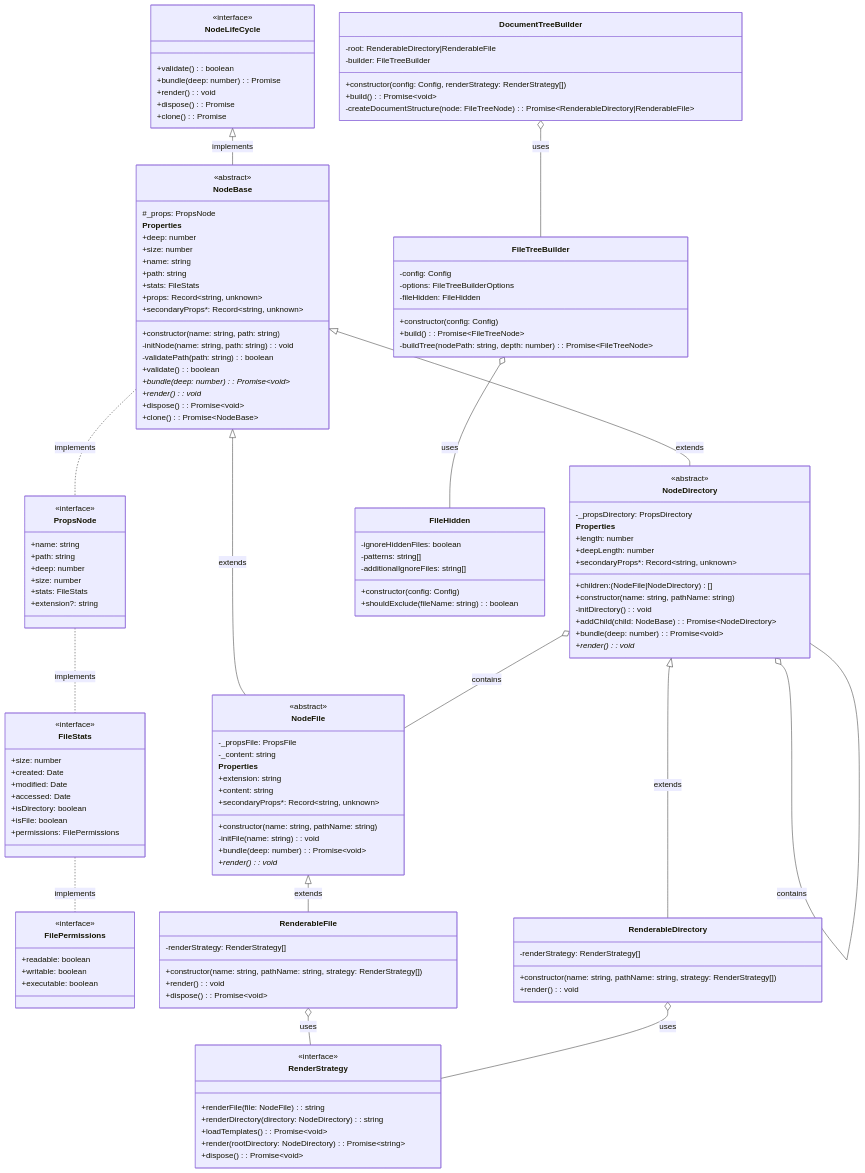
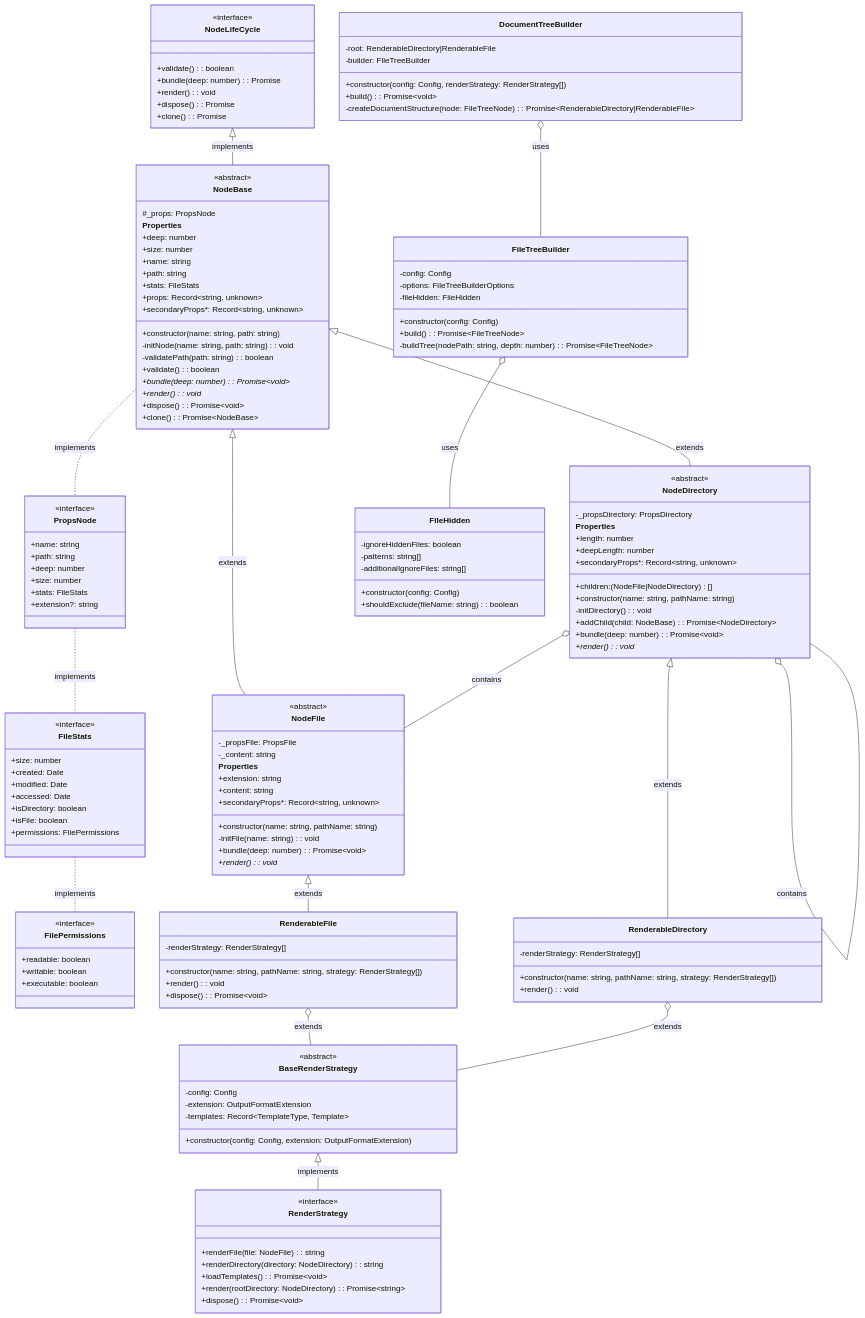
Before and after one commit to aminesayagh/Code-Wrangler: the first of 3 diagrams in documentation/DETAILED_CLASS_DIAGRAMS_AND_COMPONENT_LIFECYCLE.md, drawn with Mermaid.

Commit message:
fix template strategy

````diff
--- a/documentation/DETAILED_CLASS_DIAGRAMS_AND_COMPONENT_LIFECYCLE.md
+++ b/documentation/DETAILED_CLASS_DIAGRAMS_AND_COMPONENT_LIFECYCLE.md
@@ -142,6 +142,14 @@
         +shouldExclude(fileName: string): boolean
     }
 
+    class BaseRenderStrategy {
+        <<abstract>>
+        -config: Config
+        -extension: OutputFormatExtension
+        -templates: Record~TemplateType, Template~
+        +constructor(config: Config, extension: OutputFormatExtension)
+    }
+
     %% Relationships
     NodeLifeCycle <|-- NodeBase: implements
     NodeBase <|-- NodeFile: extends
@@ -153,8 +161,9 @@
     FileStats .. FilePermissions: implements
     FileTreeBuilder o-- FileHidden: uses
     DocumentTreeBuilder o-- FileTreeBuilder: uses
-    RenderableFile o-- RenderStrategy: uses
-    RenderableDirectory o-- RenderStrategy: uses
+    RenderableFile o-- BaseRenderStrategy: extends
+    RenderableDirectory o-- BaseRenderStrategy: extends
+    BaseRenderStrategy <|-- RenderStrategy: implements
     NodeDirectory o-- NodeFile: contains
     NodeDirectory o-- NodeDirectory: contains
 ```
````
